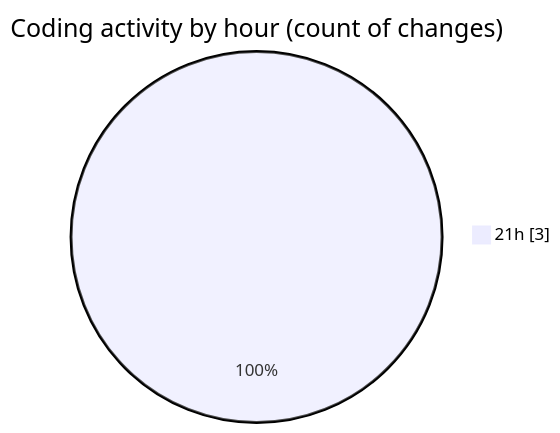
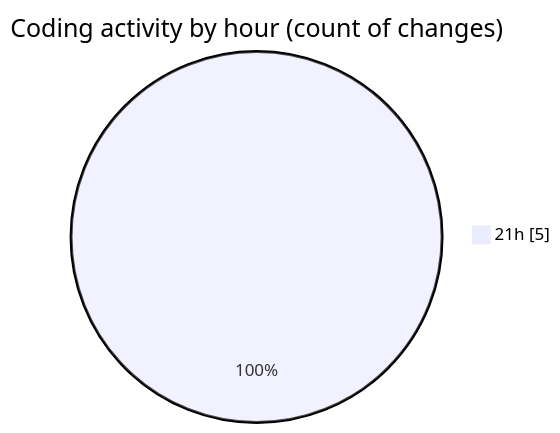
Before and after one commit to JenPaints/code-tracking: the second of 2 diagrams in 2025-07-24/cohera/README.md, drawn with Mermaid. The commit also changed other lines of this file and 1 other file, not shown here.

````diff
--- a/2025-07-24/cohera/README.md
+++ b/2025-07-24/cohera/README.md
@@ -28,5 +31,5 @@
 ```mermaid
 pie showData
 title Coding activity by hour (count of changes)
-"21h" : 3
+"21h" : 5
 ```
````
